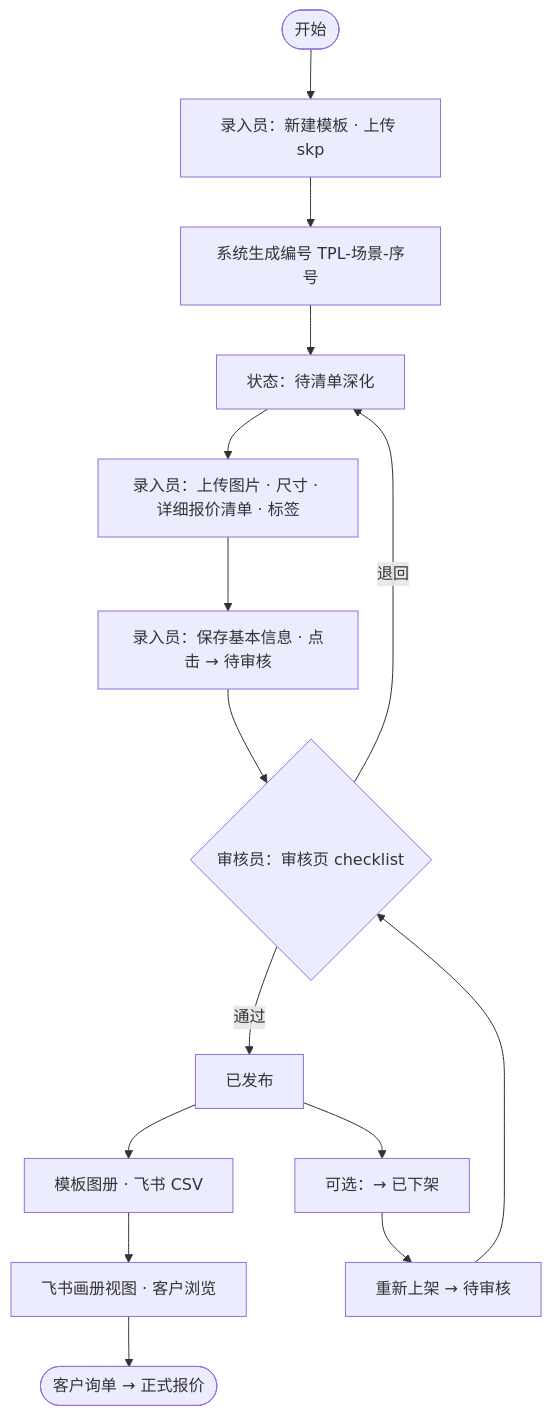
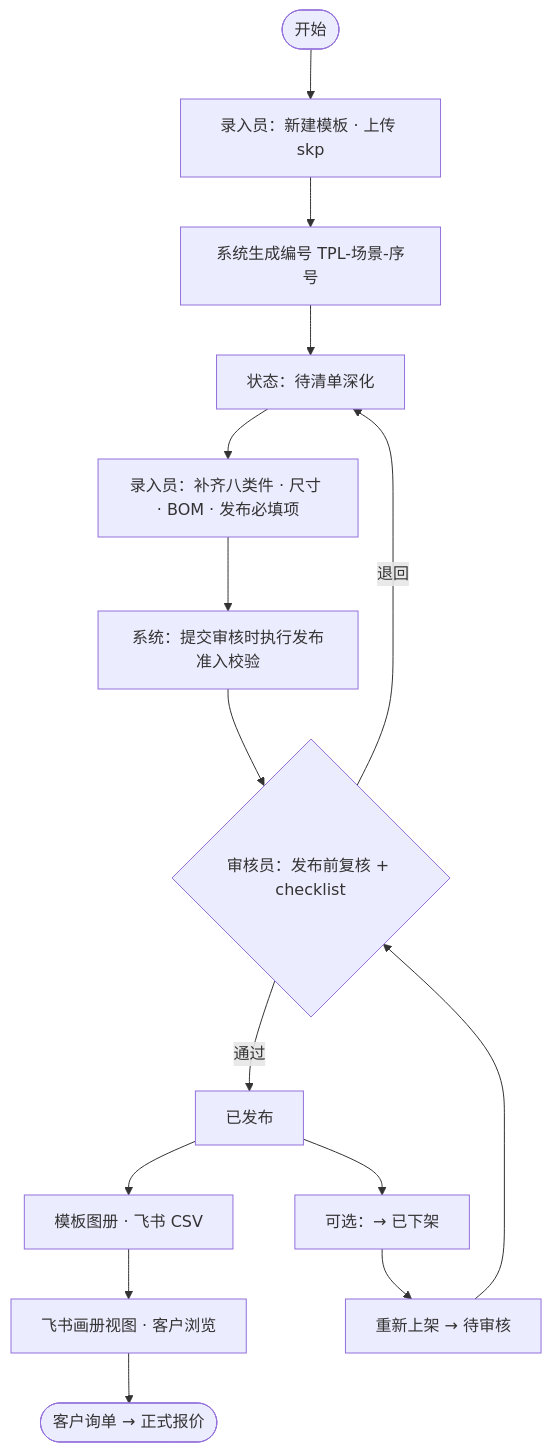
Before and after one commit to raintea223-art/Parti-MR2525: the first of 11 diagrams in docs/WORKFLOW.md, drawn with Mermaid. The commit also changed other lines of this file and 22 other files, not shown here.

````diff
--- a/docs/WORKFLOW.md
+++ b/docs/WORKFLOW.md
@@ -27,17 +27,17 @@
 ```mermaid
 flowchart TD
     Start([开始]) --> A[录入员：新建模板 · 上传 skp]
     A --> B[系统生成编号 TPL-场景-序号]
     B --> C[状态：待清单深化]
-    C --> D[录入员：上传图片 · 尺寸 · 详细报价清单 · 标签]
-    D --> E[录入员：保存基本信息 · 点击 → 待审核]
-    E --> F{审核员：审核页 checklist}
+    C --> D[录入员：补齐八类件 · 尺寸 · BOM · 发布必填项]
+    D --> E[系统：提交审核时执行发布准入校验]
+    E --> F{审核员：发布前复核 + checklist}
     F -->|通过| G[已发布]
     F -->|退回| C
     G --> H[模板图册 · 飞书 CSV]
     H --> I[飞书画册视图 · 客户浏览]
     I --> J([客户询单 → 正式报价])
     G --> K[可选：→ 已下架]
     K --> L[重新上架 → 待审核]
     L --> F
 ```
````
